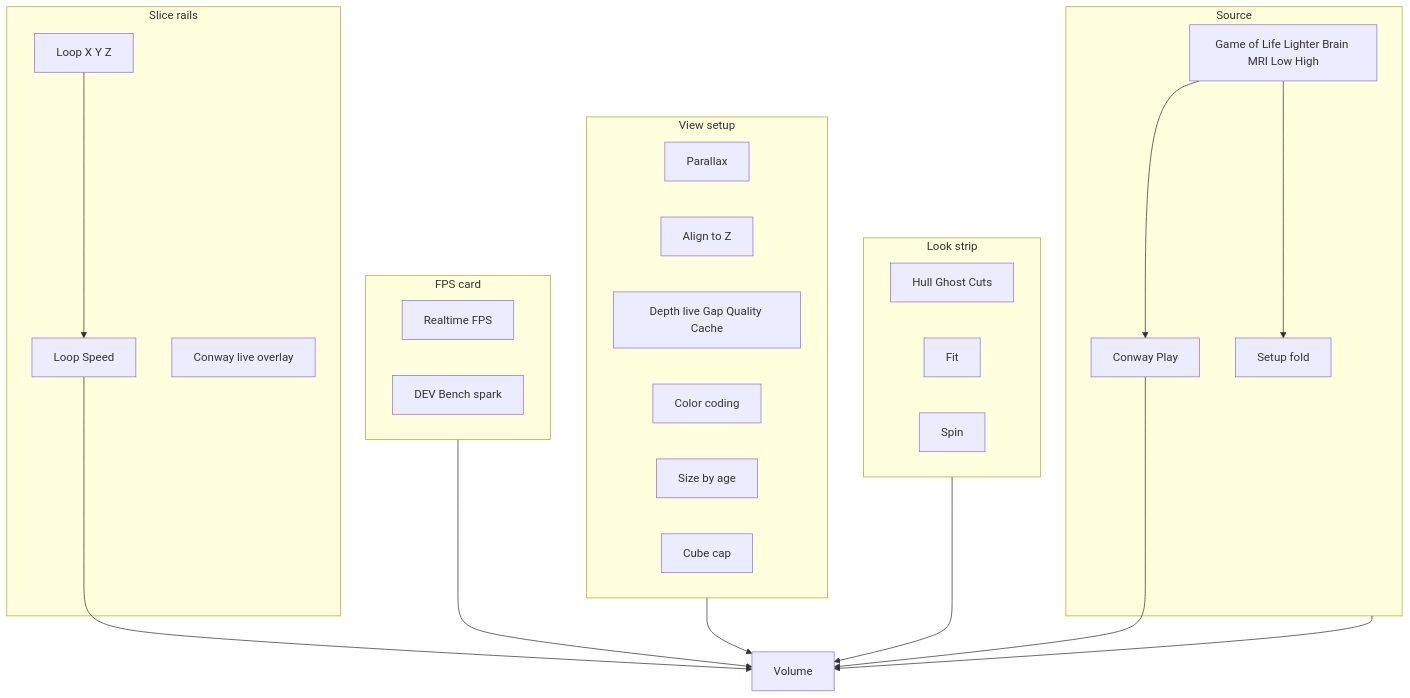
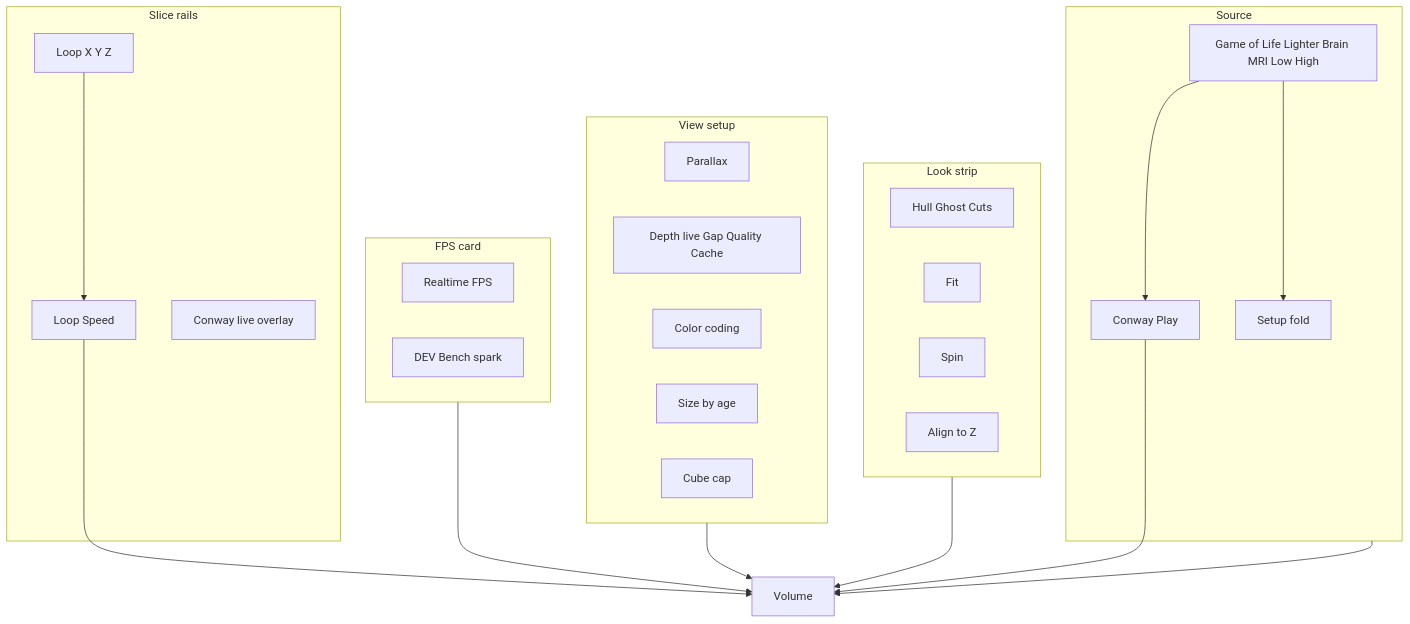
Before and after one commit to PiMaV/DONNER: the ninth of 39 diagrams in architecture.md, drawn with Mermaid. The commit also changed other lines of this file and 31 other files, not shown here.

````diff
--- a/architecture.md
+++ b/architecture.md
@@ -280,39 +285,39 @@
 ```mermaid
 flowchart TB
   subgraph look [Look strip]
     shade[Hull Ghost Cuts]
     fitBtn[Fit]
     spinBtn[Spin]
+    align[Align to Z]
   end
   subgraph view [View setup]
     bird[Parallax]
-    align[Align to Z]
     win[Depth live Gap Quality Cache]
     color[Color coding]
     stab[Size by age]
     cap[Cube cap]
   end
   subgraph hud [FPS card]
     fps[Realtime FPS]
     bench[DEV Bench spark]
   end
   subgraph source [Source]
     kind[Game of Life Lighter Brain MRI Low High]
     golPlay[Conway Play]
     setup[Setup fold]
   end
   subgraph rails [Slice rails]
     play[Loop Speed]
     axes[Loop X Y Z]
     gen[Conway live overlay]
   end
   view --> volume[Volume]
   look --> volume
   hud --> volume
   play --> volume
   golPlay --> volume
   source --> volume
   kind --> golPlay
   kind --> setup
   axes --> play
 ```
````
